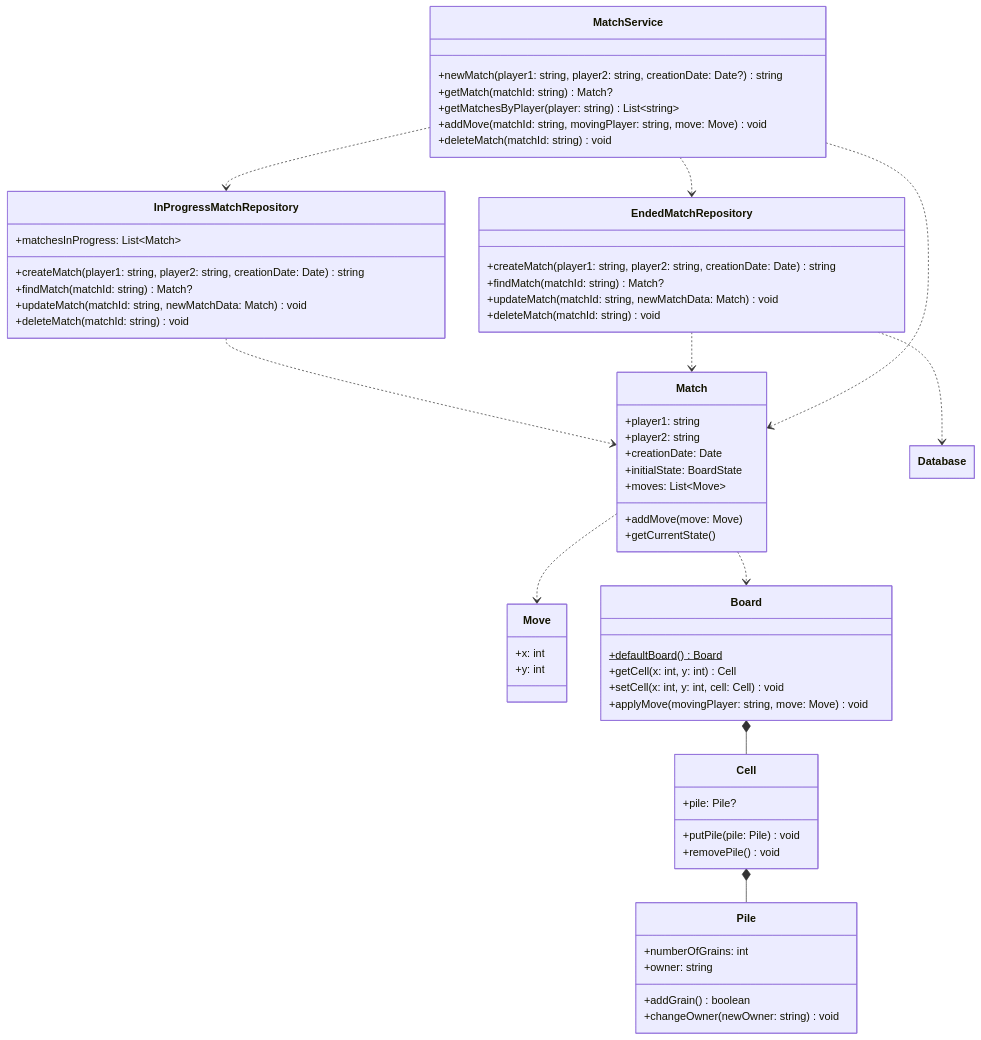
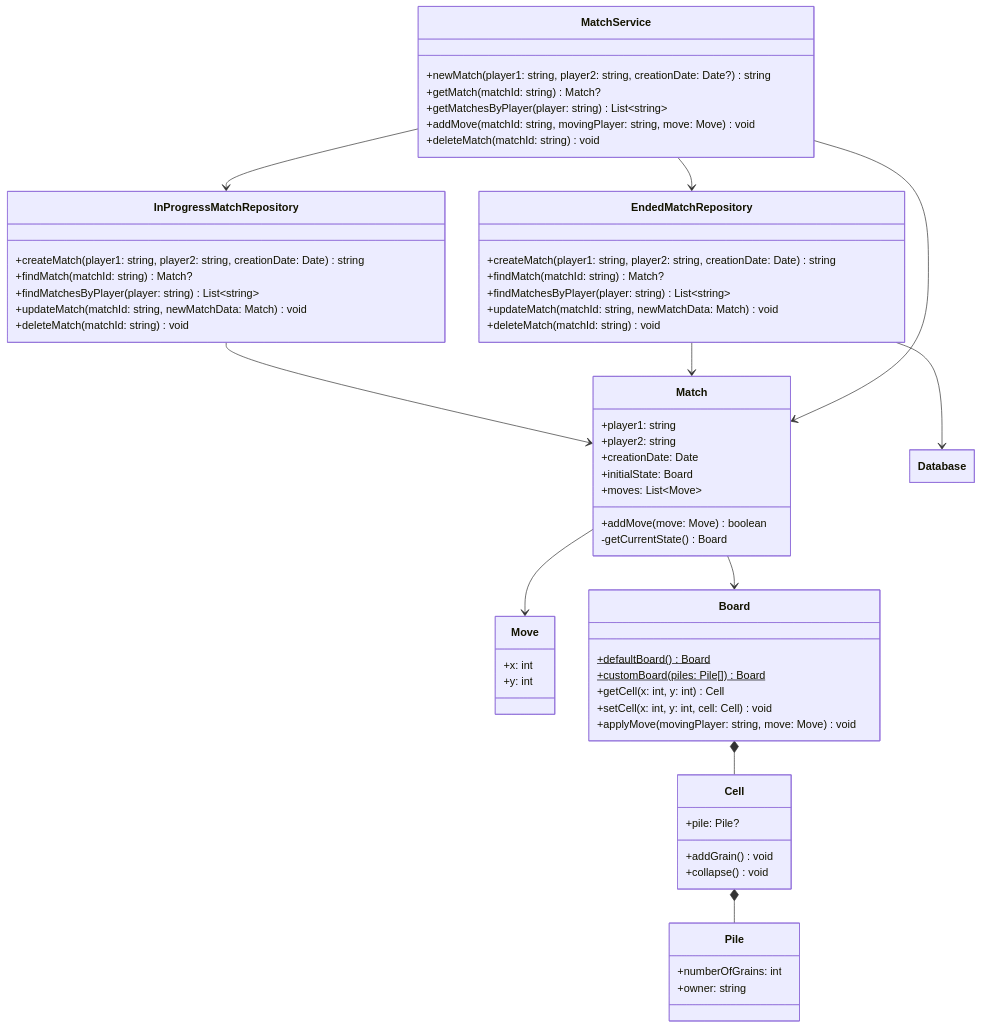
The diagram in docs/uml/match.md (AndreaB2000/ASW-project), drawn with Mermaid before and after one commit.

Commit message:
docs(uml): update match UML

````diff
--- a/docs/uml/match.md
+++ b/docs/uml/match.md
@@ -17,73 +17,46 @@
         +player1: string
         +player2: string
         +creationDate: Date
-        +initialState: BoardState
+        +initialState: Board
         +moves: List~Move~
 
-        +addMove(move: Move)
-        +getCurrentState()
+        +addMove(move: Move) boolean
+        -getCurrentState() Board
     }
 
     class Database
 
-    %% InProgressMatchRepository contains the list of all matches that started but are not finished (or abandoned). The system keeps these matches "volatile", to avoid massive accesses to the database, and accepting the fact that these matches wuold be lost if the server fails.
+    %% InProgressMatchRepository handles matches in progress, not yet finished or abandoned.
     class InProgressMatchRepository {
-        %% A list containing all matches in progress
-        +matchesInProgress: List~Match~
-
-        %% Creates a new match
         +createMatch(player1: string, player2: string, creationDate: Date) string
-
-        %% Returns a match with the given ID
         +findMatch(matchId: string) Match?
-
-        %% Updates the state of a match
+        +findMatchesByPlayer(player: string) List~string~
         +updateMatch(matchId: string, newMatchData: Match) void
-
-        %% Deletes a match with the given ID
         +deleteMatch(matchId: string) void
     }
 
-
     %% EndedMatchRepository handles ended matches, to be saved on the database.
     class EndedMatchRepository {
-        %% Creates a new match
         +createMatch(player1: string, player2: string, creationDate: Date) string
-
-        %% Returns a match with the given ID
         +findMatch(matchId: string) Match?
-
-        %% Updates the state of a match
+        +findMatchesByPlayer(player: string) List~string~
         +updateMatch(matchId: string, newMatchData: Match) void
-
-        %% Deletes a match with the given ID
         +deleteMatch(matchId: string) void
     }
 
     %% MatchesService expose higher-level functionalities, and it handles the matches saving logic.
     class MatchService {
-
-        %% Creates a new match, returns its ID
         +newMatch(player1: string, player2: string, creationDate: Date?) string
-
-        %% Gets a match with the given ID, if it exists
         +getMatch(matchId: string) Match?
-
-        %% Returns a list of match IDs
         +getMatchesByPlayer(player: string) List~string~
-
-        %% Adds a move only if the provided player can make it
         +addMove(matchId: string, movingPlayer: string, move: Move) void
-
-        %% Deletes a match
         +deleteMatch(matchId: string) void
     }
 
     %% A fixed-sized matrix of cells
     class Board {
-
-        %% The default board state
         +defaultBoard() Board$
+        +customBoard(piles: Pile[]) Board$
 
         +getCell(x: int, y: int) Cell
         +setCell(x: int, y: int, cell: Cell) void
@@ -93,27 +66,23 @@
     %% Board cell which can contain a pile
     class Cell {
         +pile: Pile?
-        +putPile(pile: Pile) void
-        +removePile() void
+        +addGrain() void
+        +collapse() void
     }
 
     class Pile {
         +numberOfGrains: int
         +owner: string
-
-        %% Returns true if the grain has been added, false if it cannot be added
-        +addGrain() boolean
-        +changeOwner(newOwner: string) void
     }
 
-    EndedMatchRepository ..> Database
-    MatchService ..> InProgressMatchRepository
-    MatchService ..> EndedMatchRepository
-    InProgressMatchRepository ..> Match
-    EndedMatchRepository ..> Match
-    MatchService ..> Match
-    Match ..> Move
-    Match ..> Board
+    EndedMatchRepository --> Database
+    MatchService --> InProgressMatchRepository
+    MatchService --> EndedMatchRepository
+    InProgressMatchRepository --> Match
+    EndedMatchRepository --> Match
+    MatchService --> Match
+    Match --> Move
+    Match --> Board
     Board *-- Cell
     Cell *-- Pile
 ```
````
